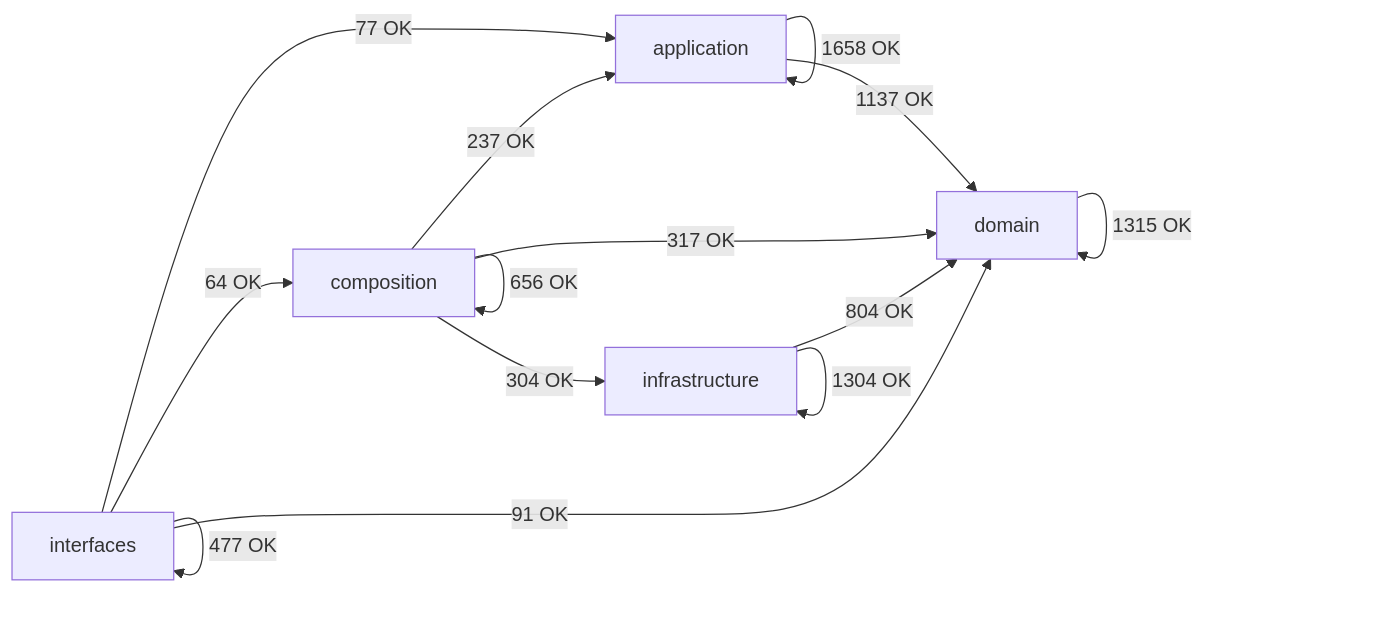
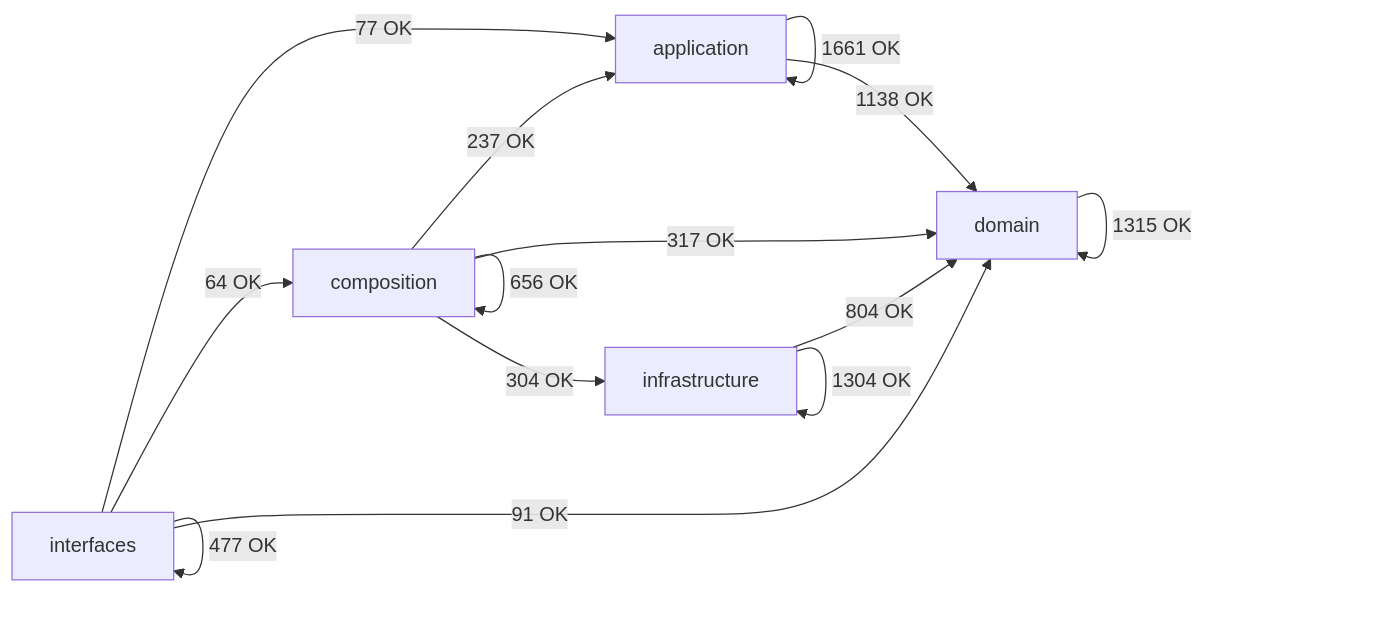
One commit to SatoryKono/BioactivityDataAcquisition changed the diagram in docs/02-architecture/generated/module-dependency-map.md. Above: the diagram before and after it, drawn with Mermaid. The commit also changed other lines of this file and 3 other files, not shown here.

````diff
--- a/docs/02-architecture/generated/module-dependency-map.md
+++ b/docs/02-architecture/generated/module-dependency-map.md
@@ -17,21 +17,21 @@
 ```mermaid
 flowchart LR
     domain[domain]
     application[application]
     infrastructure[infrastructure]
     composition[composition]
     interfaces[interfaces]
-    application -->|1658 OK| application
-    application -->|1137 OK| domain
+    application -->|1661 OK| application
+    application -->|1138 OK| domain
     composition -->|237 OK| application
     composition -->|656 OK| composition
     composition -->|317 OK| domain
     composition -->|304 OK| infrastructure
     domain -->|1315 OK| domain
     infrastructure -->|804 OK| domain
     infrastructure -->|1304 OK| infrastructure
     interfaces -->|77 OK| application
     interfaces -->|64 OK| composition
     interfaces -->|91 OK| domain
     interfaces -->|477 OK| interfaces
 ```
````
